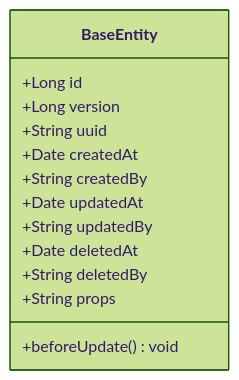
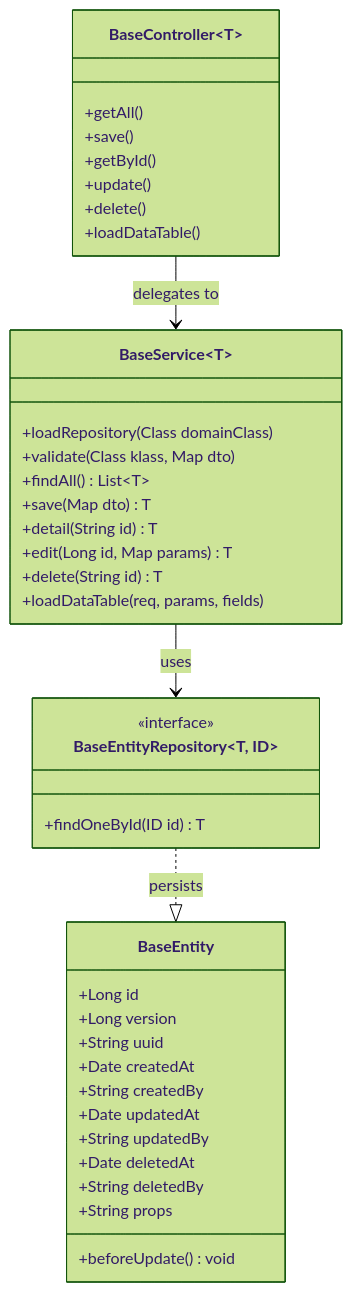
The fifth of 8 diagrams in 02_BASE_AND_CONFIG_ARCHITECTURE_ANALYSIS.md (TienDat-Vna/note_book), drawn with Mermaid (forest theme) before and after one commit. The commit also changed other lines of this file and 93 other files, not shown here.

````diff
--- a/02_BASE_AND_CONFIG_ARCHITECTURE_ANALYSIS.md
+++ b/02_BASE_AND_CONFIG_ARCHITECTURE_ANALYSIS.md
@@ -102,16 +294,41 @@
 ```mermaid
 classDiagram
     class BaseEntity {
         +Long id
         +Long version
         +String uuid
         +Date createdAt
         +String createdBy
         +Date updatedAt
         +String updatedBy
         +Date deletedAt
         +String deletedBy
         +String props
         +beforeUpdate() void
     }
+    class BaseEntityRepository~T, ID~ {
+        <<interface>>
+        +findOneById(ID id) T
+    }
+    class BaseService~T~ {
+        +loadRepository(Class domainClass)
+        +validate(Class klass, Map dto)
+        +findAll() List~T~
+        +save(Map dto) T
+        +detail(String id) T
+        +edit(Long id, Map params) T
+        +delete(String id) T
+        +loadDataTable(req, params, fields)
+    }
+    class BaseController~T~ {
+        +getAll()
+        +save()
+        +getById()
+        +update()
+        +delete()
+        +loadDataTable()
+    }
+    BaseController --> BaseService : delegates to
+    BaseService --> BaseEntityRepository : uses
+    BaseEntityRepository ..|> BaseEntity : persists
 ```
````
